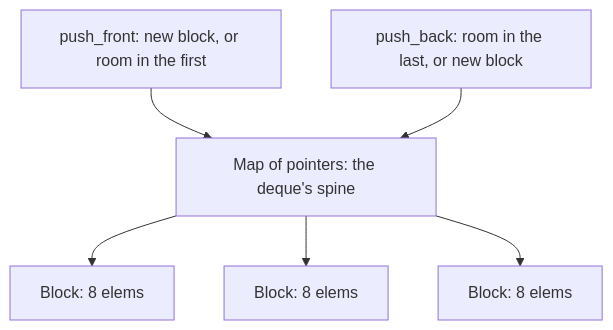
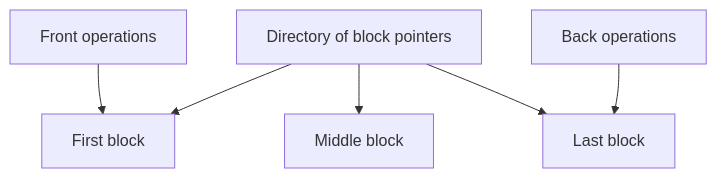
The diagram in content/cpp/deque.mdx (anindya-dey/dsa), drawn with Mermaid before and after one commit. The commit also changed other lines of this file and 7 other files, not shown here.

````diff
--- a/content/cpp/deque.mdx
+++ b/content/cpp/deque.mdx
@@ -14,8 +56,8 @@
 ```mermaid
 graph TD
-    MAP[Map of pointers: the deque's spine] --> B1[Block: 8 elems]
-    MAP --> B2[Block: 8 elems]
-    MAP --> B3[Block: 8 elems]
-    FRONT[push_front: new block, or room in the first] --> MAP
-    BACK[push_back: room in the last, or new block] --> MAP
+    DIRECTORY[Directory of block pointers] --> B1[First block]
+    DIRECTORY --> B2[Middle block]
+    DIRECTORY --> B3[Last block]
+    FRONT[Front operations] --> B1
+    BACK[Back operations] --> B3
 ```
````
